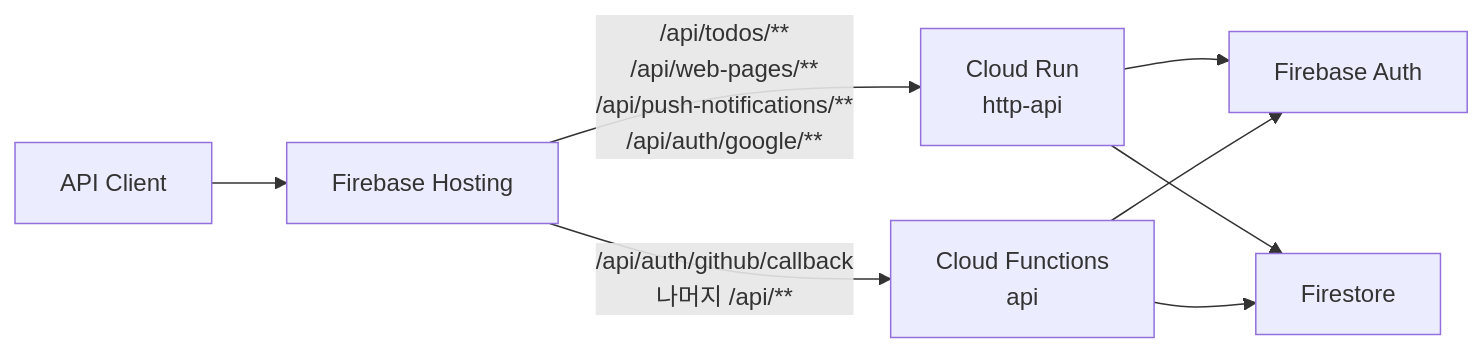
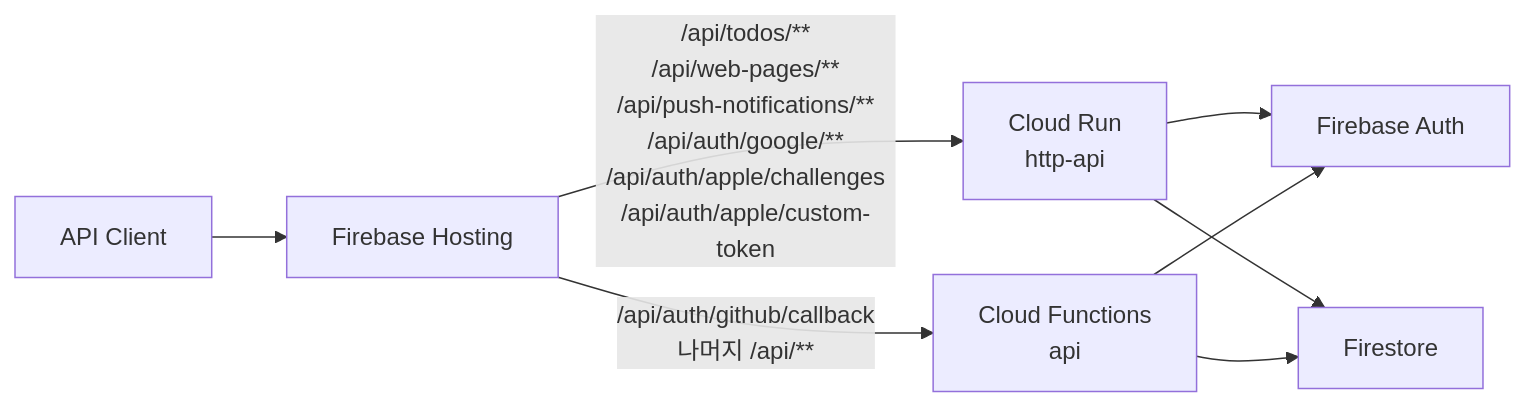
One commit to opficdev/DevLog_Firebase changed the first of 2 diagrams in README.md. Above: the diagram before and after it, drawn with Mermaid. The commit also changed other lines of this file and 47 other files, not shown here.

````diff
--- a/README.md
+++ b/README.md
@@ -17,10 +17,10 @@
 ```mermaid
 flowchart LR
 	Client["API Client"] --> Hosting["Firebase Hosting"]
-	Hosting -->|"/api/todos/**<br/>/api/web-pages/**<br/>/api/push-notifications/**<br/>/api/auth/google/**"| CloudRun["Cloud Run<br/>http-api"]
+	Hosting -->|"/api/todos/**<br/>/api/web-pages/**<br/>/api/push-notifications/**<br/>/api/auth/google/**<br/>/api/auth/apple/challenges<br/>/api/auth/apple/custom-token"| CloudRun["Cloud Run<br/>http-api"]
 	Hosting -->|"/api/auth/github/callback<br/>나머지 /api/**"| Functions["Cloud Functions<br/>api"]
 	CloudRun --> Auth["Firebase Auth"]
 	Functions --> Auth
 	CloudRun --> Firestore["Firestore"]
 	Functions --> Firestore
 ```
````
